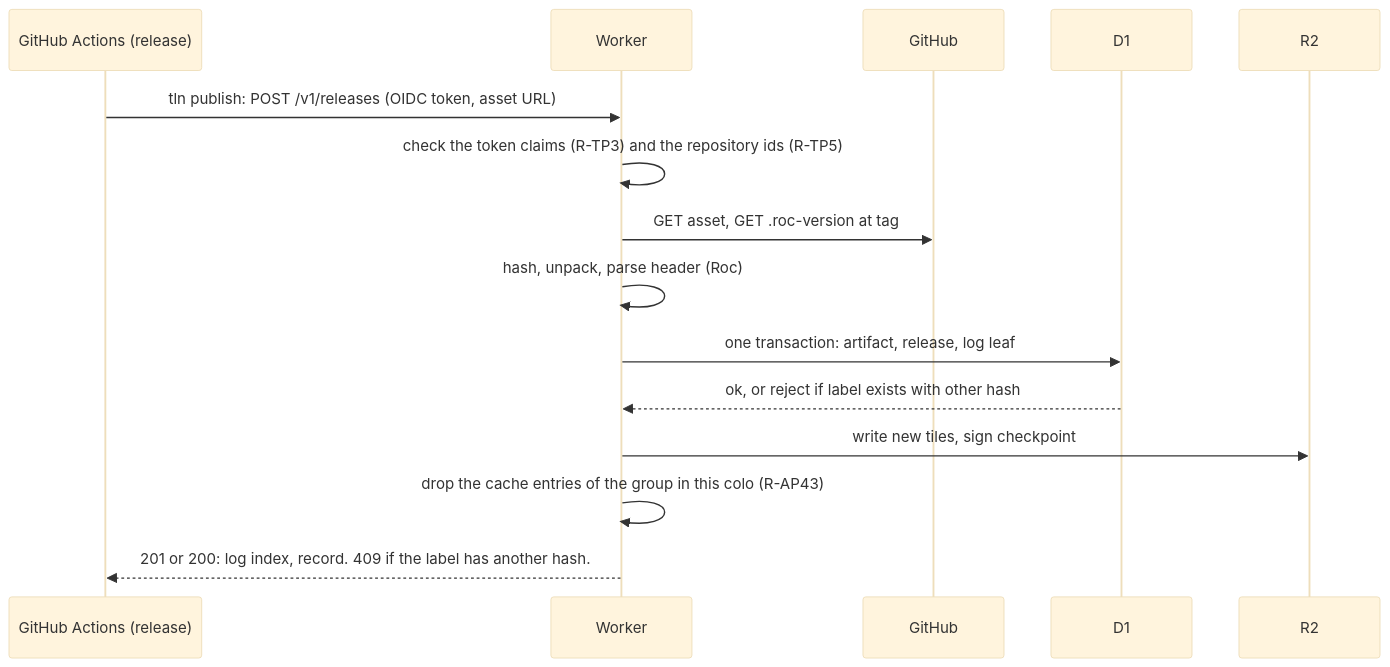
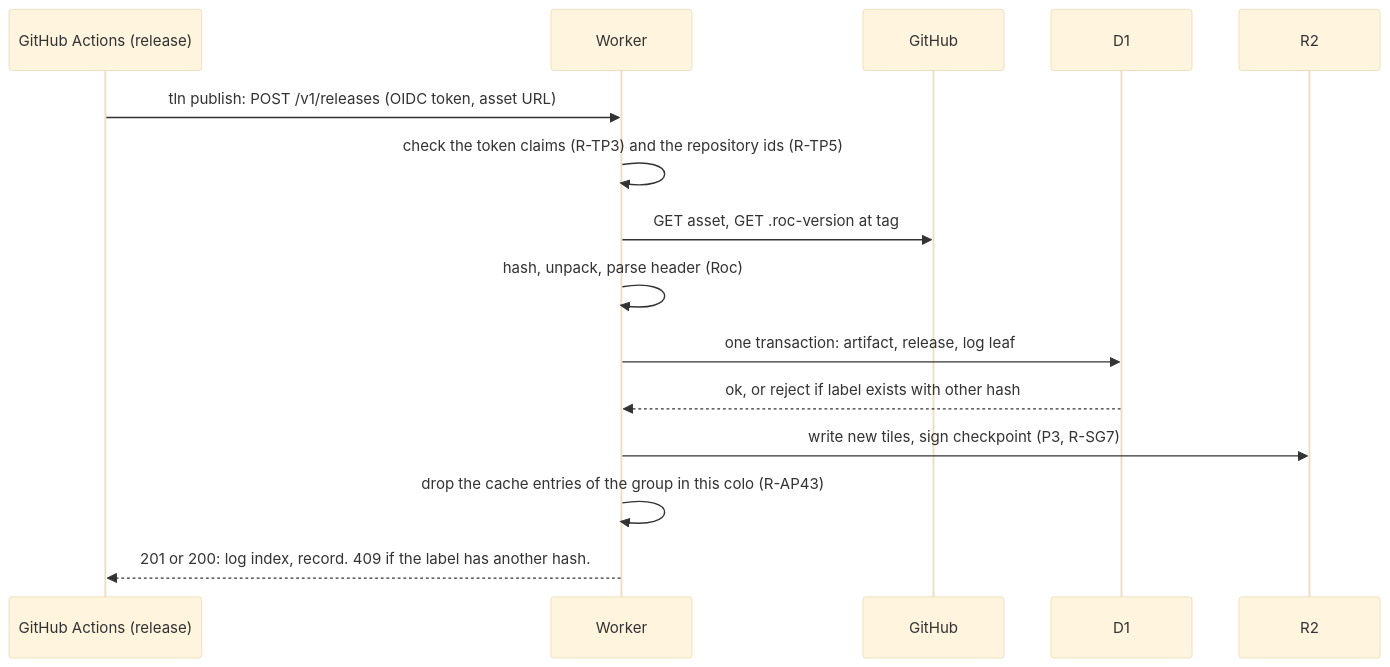
The fourth of 4 diagrams in DESIGN-REGISTRY.md (roc-talon/talon), drawn with Mermaid (base theme) before and after one commit. The commit also changed other lines of this file and 16900 other files, not shown here.

````diff
--- a/DESIGN-REGISTRY.md
+++ b/DESIGN-REGISTRY.md
@@ -692,17 +1328,17 @@
 ```mermaid
 sequenceDiagram
     participant CI as GitHub Actions (release)
     participant W as Worker
     participant GH as GitHub
     participant D as D1
     participant R as R2
     CI->>W: tln publish: POST /v1/releases (OIDC token, asset URL)
     W->>W: check the token claims (R-TP3) and the repository ids (R-TP5)
     W->>GH: GET asset, GET .roc-version at tag
     W->>W: hash, unpack, parse header (Roc)
     W->>D: one transaction: artifact, release, log leaf
     D-->>W: ok, or reject if label exists with other hash
-    W->>R: write new tiles, sign checkpoint
+    W->>R: write new tiles, sign checkpoint (P3, R-SG7)
     W->>W: drop the cache entries of the group in this colo (R-AP43)
     W-->>CI: 201 or 200: log index, record. 409 if the label has another hash.
 ```
````
